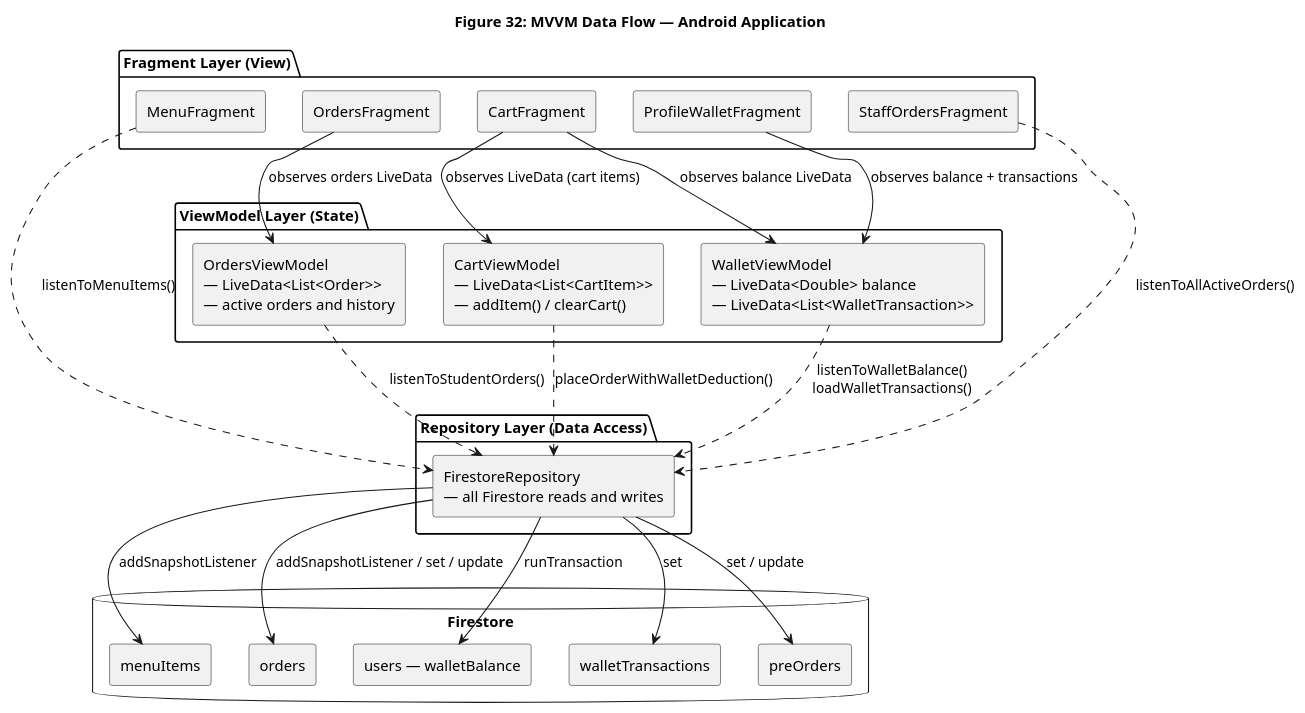
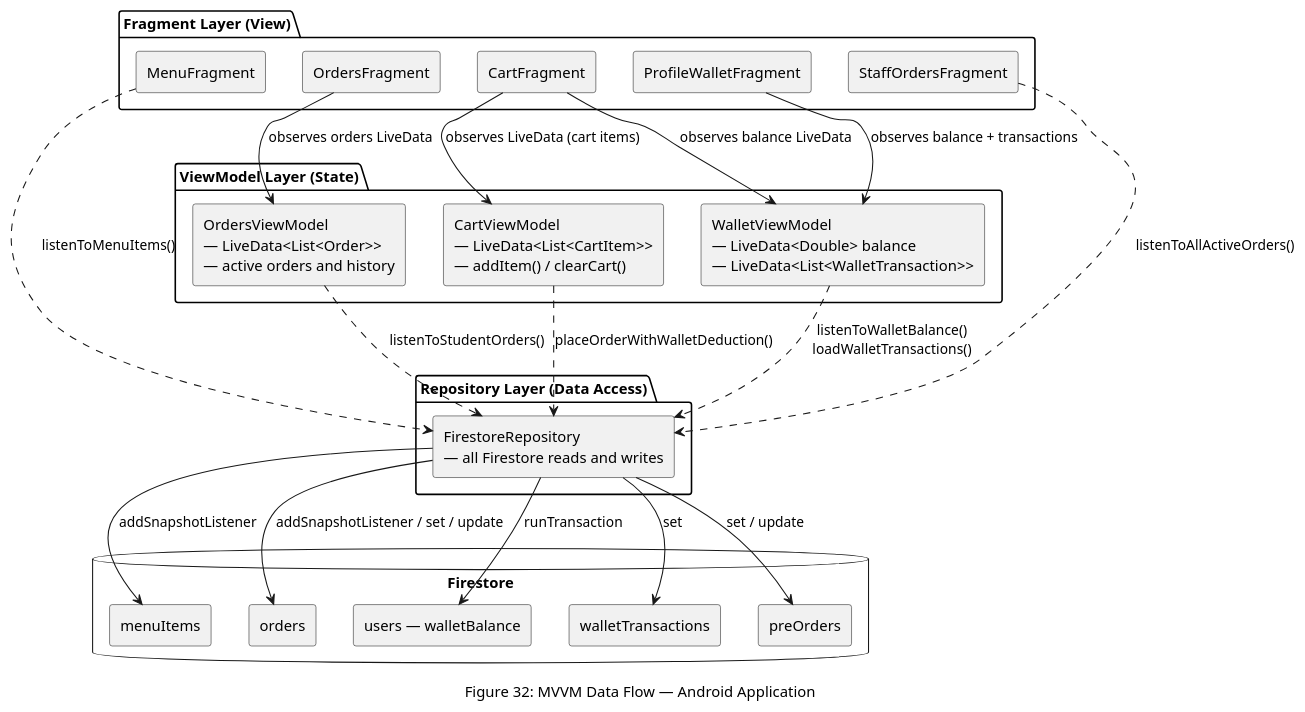
The third of 12 diagrams in pdf-source/figures/ch-6.md (Musyonchez/beni-2), drawn with PlantUML before and after one commit. The commit also changed other lines of this file and 30 other files, not shown here.

First line of the commit message:
chore: update figures, add generated PNGs, fix figure follow-up paragraphs

````diff
--- a/pdf-source/figures/ch-6.md
+++ b/pdf-source/figures/ch-6.md
@@ -130,49 +130,49 @@
 ```plantuml
 @startuml Figure32_MVVMDataFlow
 skinparam backgroundColor white
 skinparam defaultFontName Arial
 skinparam componentStyle rectangle
-title Figure 32: MVVM Data Flow — Android Application
+caption Figure 32: MVVM Data Flow — Android Application
 
 package "Fragment Layer (View)" {
   [MenuFragment] as MF
   [CartFragment] as CF
   [OrdersFragment] as OF
   [ProfileWalletFragment] as PF
   [StaffOrdersFragment] as SOF
 }
 
 package "ViewModel Layer (State)" {
   [CartViewModel\n— LiveData<List<CartItem>>\n— addItem() / clearCart()] as CVM
   [WalletViewModel\n— LiveData<Double> balance\n— LiveData<List<WalletTransaction>>] as WVM
   [OrdersViewModel\n— LiveData<List<Order>>\n— active orders and history] as OVM
 }
 
 package "Repository Layer (Data Access)" {
   [FirestoreRepository\n— all Firestore reads and writes] as REPO
 }
 
 database "Firestore" {
   [menuItems]
   [orders]
   [users — walletBalance]
   [walletTransactions]
   [preOrders]
 }
 
 CF --> CVM : observes LiveData (cart items)
 CF --> WVM : observes balance LiveData
 OF --> OVM : observes orders LiveData
 PF --> WVM : observes balance + transactions
 MF ..> REPO : listenToMenuItems()
 SOF ..> REPO : listenToAllActiveOrders()
 CVM ..> REPO : placeOrderWithWalletDeduction()
 WVM ..> REPO : listenToWalletBalance()\nloadWalletTransactions()
 OVM ..> REPO : listenToStudentOrders()
 REPO --> [menuItems] : addSnapshotListener
 REPO --> [orders] : addSnapshotListener / set / update
 REPO --> [users — walletBalance] : runTransaction
 REPO --> [walletTransactions] : set
 REPO --> [preOrders] : set / update
 @enduml
 ```
````
